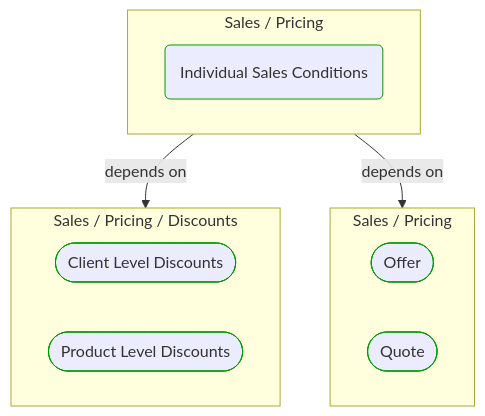
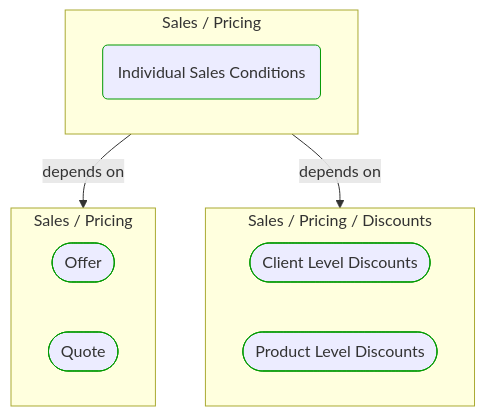
One commit to itlibrium/DDD-starter-dotnet changed the diagram in Docs/P3/MermaidOutput/Domain/Concepts/Sales/Pricing/IndividualSalesConditions.md. Above: the diagram before and after it, drawn with Mermaid. The commit also changed 51 other files, not shown here.

````diff
--- a/Docs/P3/MermaidOutput/Domain/Concepts/Sales/Pricing/IndividualSalesConditions.md
+++ b/Docs/P3/MermaidOutput/Domain/Concepts/Sales/Pricing/IndividualSalesConditions.md
@@ -20,24 +20,24 @@
 ```mermaid
   flowchart TB
     subgraph 0["Sales / Pricing"]
       1(Individual Sales Conditions)
       class 1 DomainPerspective
     end
-    subgraph 2["Sales / Pricing / Discounts"]
-      3([Client Level Discounts])
+    subgraph 2["Sales / Pricing"]
+      3([Offer])
       class 3 DomainPerspective
-      4([Product Level Discounts])
+      4([Quote])
       class 4 DomainPerspective
     end
-    subgraph 5["Sales / Pricing"]
-      6([Offer])
+    subgraph 5["Sales / Pricing / Discounts"]
+      6([Client Level Discounts])
       class 6 DomainPerspective
-      7([Quote])
+      7([Product Level Discounts])
       class 7 DomainPerspective
     end
     0-->|depends on|2
     0-->|depends on|5
     classDef DomainPerspective stroke:#009900
     classDef TechnologyPerspective stroke:#1F41EB
     classDef PeoplePerspective stroke:#FFF014
 ```
````
